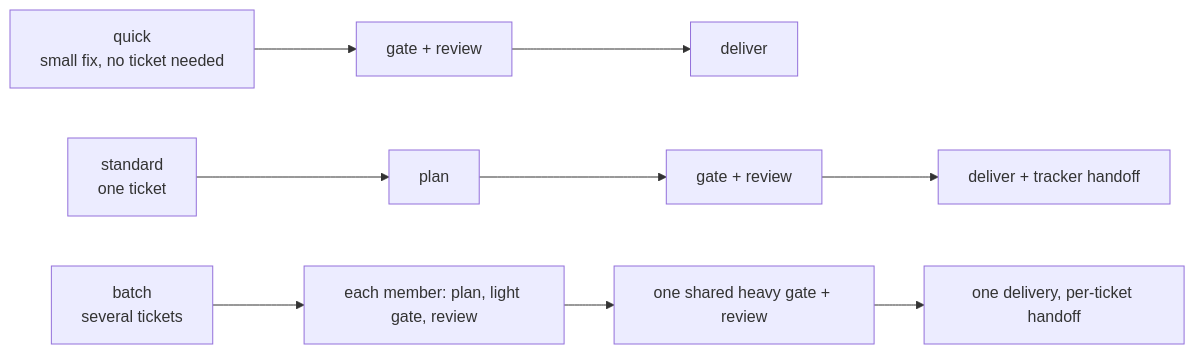
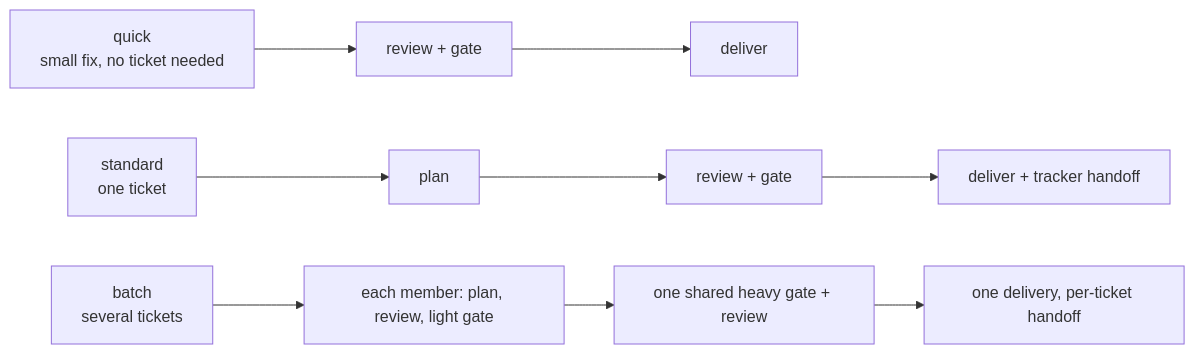
One commit to o-m-a-r-k/agentic-workflow changed the third of 9 diagrams in README.md. Above: the diagram before and after it, drawn with Mermaid. The commit also changed other lines of this file and 10 other files, not shown here.

First line of the commit message:
Review before the gate; a fresh reviewer every round; accept needs gate, clean closure on the tree and an evidence pass

````diff
--- a/README.md
+++ b/README.md
@@ -144,6 +147,6 @@
 ```mermaid
 flowchart LR
-  Q["quick<br/>small fix, no ticket needed"] --> QG["gate + review"] --> QD["deliver"]
-  S["standard<br/>one ticket"] --> SP["plan"] --> SG["gate + review"] --> SD["deliver + tracker handoff"]
-  B["batch<br/>several tickets"] --> BM["each member: plan, light gate, review"] --> BG["one shared heavy gate + review"] --> BD["one delivery, per-ticket handoff"]
+  Q["quick<br/>small fix, no ticket needed"] --> QG["review + gate"] --> QD["deliver"]
+  S["standard<br/>one ticket"] --> SP["plan"] --> SG["review + gate"] --> SD["deliver + tracker handoff"]
+  B["batch<br/>several tickets"] --> BM["each member: plan, review, light gate"] --> BG["one shared heavy gate + review"] --> BD["one delivery, per-ticket handoff"]
 ```
````
